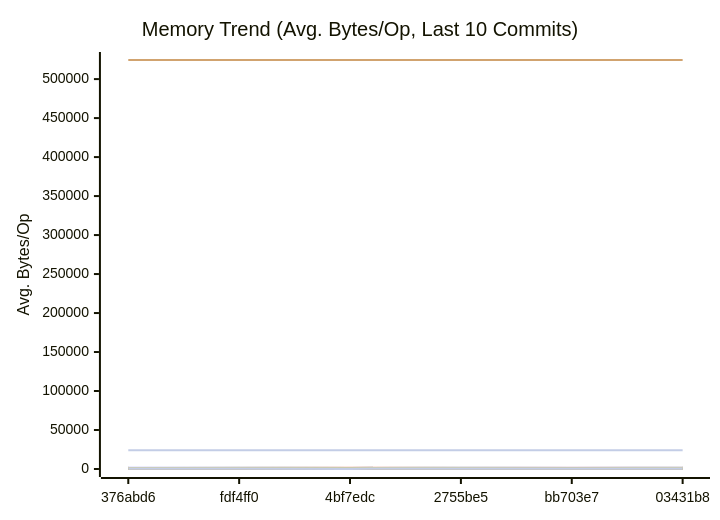
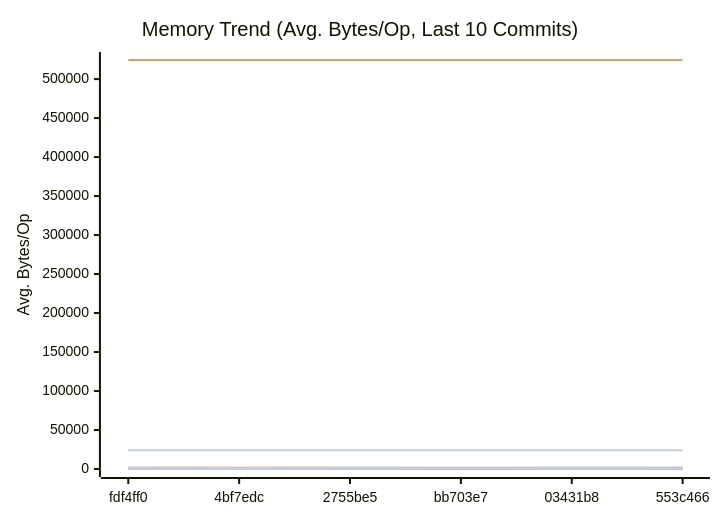
Before and after one commit to alsotoes/momo: the second of 3 diagrams in docs/PERFORMANCE.md, drawn with Mermaid. The commit also changed other lines of this file and 2 other files, not shown here.

````diff
--- a/docs/PERFORMANCE.md
+++ b/docs/PERFORMANCE.md
@@ -310,44 +310,44 @@
 ```mermaid
 xychart-beta
     title "Memory Trend (Avg. Bytes/Op, Last 10 Commits)"
     x-axis "Commit"
     y-axis "Avg. Bytes/Op"
-    x-axis [376abd6,fdf4ff0,4bf7edc,2755be5,bb703e7,03431b8]
-    line "AWSChunkedReaderSigned" [124,108,128,114,123,127,107,88,100,107]
-    line "AWSChunkedReaderUnsigned" [139,116,147,109,121,110,100,95,109,105]
+    x-axis [fdf4ff0,4bf7edc,2755be5,bb703e7,03431b8,553c466]
+    line "AWSChunkedReaderSigned" [108,128,114,123,127,107,88,100,107,110]
+    line "AWSChunkedReaderUnsigned" [116,147,109,121,110,100,95,109,105,108]
     line "CheckMetricsAndSwap" [0,0,0,0,0,0,0,0,0,0]
     line "CrushOptimized" [0,0,0,0,0,0,0,0,0,0]
     line "CrushOriginal" [164,164,164,164,164,164,164,164,164,164]
-    line "FormatListObjectsV2XML_AppendFormat" [524446,524462,524483,524463,524491,524477,524500,524483,524504,524463]
+    line "FormatListObjectsV2XML_AppendFormat" [524462,524483,524463,524491,524477,524500,524483,524504,524463,524460]
     line "FormatListObjectsV2XML_OldFormat" [24000,24000,24000,24000,24000,24000,24000,24000,24000,24000]
-    line "HashBytes/1MiB" [292,205,221,207,239,189,200,190,206,280]
-    line "HashBytes/256MiB" [290,229,220,189,234,233,223,190,239,186]
-    line "HashBytes/64MiB" [276,225,211,189,213,196,188,246,242,209]
-    line "HashFile/1MiB" [313,212,204,182,175,202,190,214,232,152]
-    line "HashFile/256MiB" [264,203,205,211,184,230,193,152,190,211]
-    line "HashFile/64MiB" [324,201,204,237,203,232,194,193,195,190]
+    line "HashBytes/1MiB" [205,221,207,239,189,200,190,206,280,205]
+    line "HashBytes/256MiB" [229,220,189,234,233,223,190,239,186,209]
+    line "HashBytes/64MiB" [225,211,189,213,196,188,246,242,209,232]
+    line "HashFile/1MiB" [212,204,182,175,202,190,214,232,152,244]
+    line "HashFile/256MiB" [203,205,211,184,230,193,152,190,211,261]
+    line "HashFile/64MiB" [201,204,237,203,232,194,193,195,190,258]
     line "IndexDirectTracking" [0,0,0,0,0,0,0,0,0,0]
     line "IndexSearch" [0,0,0,0,0,0,0,0,0,0]
     line "LastModifiedHeader_AppendFormat" [0,0,0,0,0,0,0,0,0,0]
     line "LastModifiedHeader_Format" [32,32,32,32,32,32,32,32,32,32]
     line "LoadGlobalConfig" [1976,1976,1976,1976,1976,1976,1976,1976,1976,1976]
-    line "LocalWrite/1MiB" [2430,1992,1318,1899,1346,1995,1817,1626,1829,1794]
-    line "LocalWrite/256MiB" [2682,2123,1776,2213,1940,2087,2086,1665,2131,2012]
-    line "LocalWrite/64MiB" [2594,2044,1265,2063,1863,1888,2026,1495,1896,2009]
+    line "LocalWrite/1MiB" [1992,1318,1899,1346,1995,1817,1626,1829,1794,1712]
+    line "LocalWrite/256MiB" [2123,1776,2213,1940,2087,2086,1665,2131,2012,2499]
+    line "LocalWrite/64MiB" [2044,1265,2063,1863,1888,2026,1495,1896,2009,2371]
     line "PadString" [64,64,64,64,64,64,64,64,64,64]
     line "ParseReplicationOrder_NoPrealloc" [408,408,408,408,408,248,248,248,248,248]
     line "ParseReplicationOrder_Prealloc" [240,240,240,240,240,80,80,80,80,80]
     line "Placement" [352,352,352,352,352,352,352,352,352,352]
     line "PlacementDomainSpread" [352,352,352,352,352,352,352,352,352,352]
-    line "ReadVerify/1MiB" [292,235,206,264,221,222,228,159,210,218]
-    line "ReadVerify/256MiB" [304,216,201,233,215,188,195,228,177,262]
-    line "ReadVerify/64MiB" [245,165,200,233,217,201,195,225,199,226]
-    line "S3PutSpool/1MiB" [233,181,162,207,157,170,157,197,205,252]
-    line "S3PutSpool/256MiB" [258,182,190,202,165,171,152,151,201,247]
-    line "S3PutSpool/64MiB" [242,175,170,238,183,173,176,166,167,219]
+    line "ReadVerify/1MiB" [235,206,264,221,222,228,159,210,218,304]
+    line "ReadVerify/256MiB" [216,201,233,215,188,195,228,177,262,214]
+    line "ReadVerify/64MiB" [165,200,233,217,201,195,225,199,226,239]
+    line "S3PutSpool/1MiB" [181,162,207,157,170,157,197,205,252,163]
+    line "S3PutSpool/256MiB" [182,190,202,165,171,152,151,201,247,206]
+    line "S3PutSpool/64MiB" [175,170,238,183,173,176,166,167,219,190]
     line "SanitizeLog/Safe" [0,0,0,0,0,0,0,0,0,0]
     line "SanitizeLog/Unsafe" [704,704,704,704,704,704,704,704,704,704]
-    line "TrustedRead/1MiB" [258,162,184,216,228,174,171,205,178,279]
-    line "TrustedRead/256MiB" [285,186,175,219,190,237,202,213,230,219]
-    line "TrustedRead/64MiB" [274,201,160,199,226,173,163,199,192,233]
+    line "TrustedRead/1MiB" [162,184,216,228,174,171,205,178,279,221]
+    line "TrustedRead/256MiB" [186,175,219,190,237,202,213,230,219,184]
+    line "TrustedRead/64MiB" [201,160,199,226,173,163,199,192,233,169]
 ```
````
